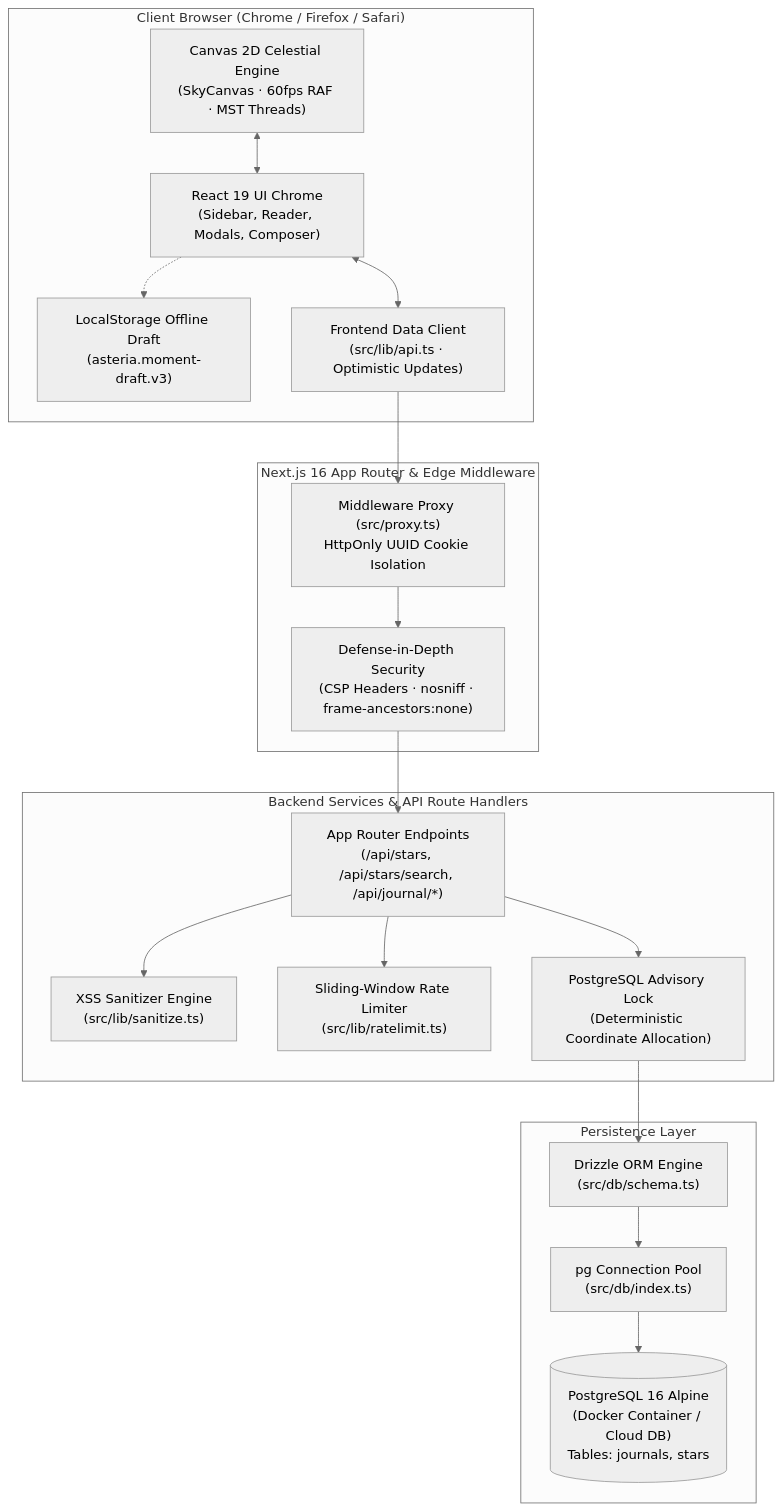
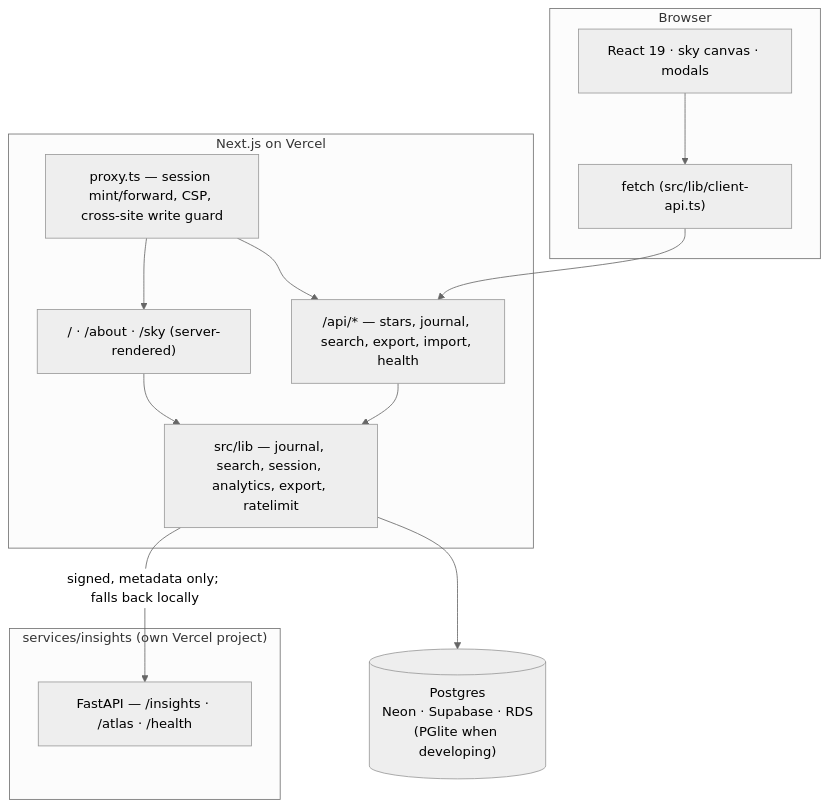
Before and after one commit to pterw/asteria: the diagram in README.md, drawn with Mermaid (neutral theme). The commit also changed other lines of this file and 7 other files, not shown here.

````diff
--- a/README.md
+++ b/README.md
@@ -30,40 +52,28 @@
 ```mermaid
 flowchart TB
-    subgraph Client ["Client Browser (Chrome / Firefox / Safari)"]
-        UI["React 19 UI Chrome\n(Sidebar, Reader, Modals, Composer)"]
-        Canvas["Canvas 2D Celestial Engine\n(SkyCanvas · 60fps RAF · MST Threads)"]
-        Draft["LocalStorage Offline Draft\n(asteria.moment-draft.v3)"]
-        ApiClient["Frontend Data Client\n(src/lib/api.ts · Optimistic Updates)"]
+    subgraph Browser
+        UI["React 19 · sky canvas · modals"]
+        API["fetch (src/lib/client-api.ts)"]
     end
 
-    subgraph Edge ["Next.js 16 App Router & Edge Middleware"]
-        Proxy["Middleware Proxy (src/proxy.ts)\nHttpOnly UUID Cookie Isolation"]
-        Security["Defense-in-Depth Security\n(CSP Headers · nosniff · frame-ancestors:none)"]
+    subgraph Next["Next.js on Vercel"]
+        Proxy["proxy.ts — session mint/forward, CSP, cross-site write guard"]
+        Pages["/ · /about · /sky (server-rendered)"]
+        Routes["/api/* — stars, journal, search, export, import, health"]
+        Lib["src/lib — journal, search, session, analytics, export, ratelimit"]
     end
 
-    subgraph Backend ["Backend Services & API Route Handlers"]
-        Sanitizer["XSS Sanitizer Engine\n(src/lib/sanitize.ts)"]
-        RateLimiter["Sliding-Window Rate Limiter\n(src/lib/ratelimit.ts)"]
-        Routes["App Router Endpoints\n(/api/stars, /api/stars/search, /api/journal/*)"]
-        Lock["PostgreSQL Advisory Lock\n(Deterministic Coordinate Allocation)"]
+    subgraph Python["services/insights (own Vercel project)"]
+        Insights["FastAPI — /insights · /atlas · /health"]
     end
 
-    subgraph Data ["Persistence Layer"]
-        Drizzle["Drizzle ORM Engine\n(src/db/schema.ts)"]
-        Pool["pg Connection Pool\n(src/db/index.ts)"]
-        Postgres[("PostgreSQL 16 Alpine\n(Docker Container / Cloud DB)\nTables: journals, stars")]
-    end
+    DB[("Postgres<br/>Neon · Supabase · RDS<br/>(PGlite when developing)")]
 
-    Canvas <--> UI
-    UI <--> ApiClient
-    UI -.-> Draft
-    ApiClient --> Proxy
-    Proxy --> Security
-    Security --> Routes
-    Routes --> Sanitizer
-    Routes --> RateLimiter
-    Routes --> Lock
-    Lock --> Drizzle
-    Drizzle --> Pool
-    Pool --> Postgres
+    UI --> API --> Routes
+    Pages --> Lib
+    Routes --> Lib
+    Lib -->|"signed, metadata only; falls back locally"| Insights
+    Lib --> DB
+    Proxy --> Pages
+    Proxy --> Routes
 ```
````
